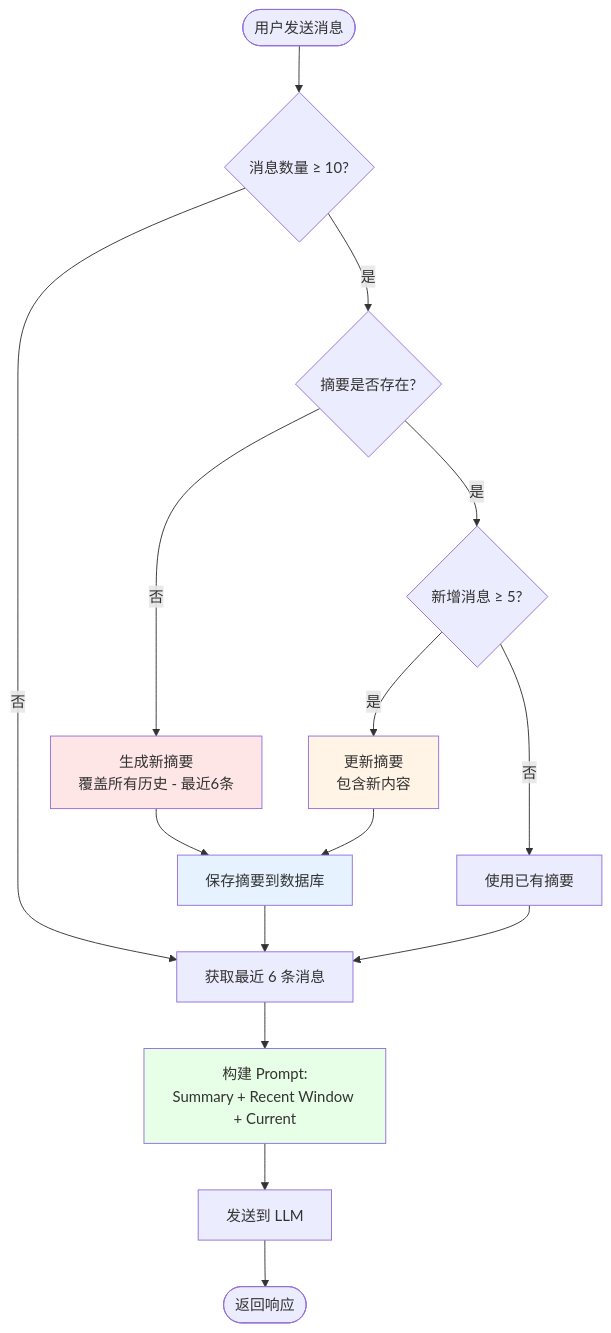
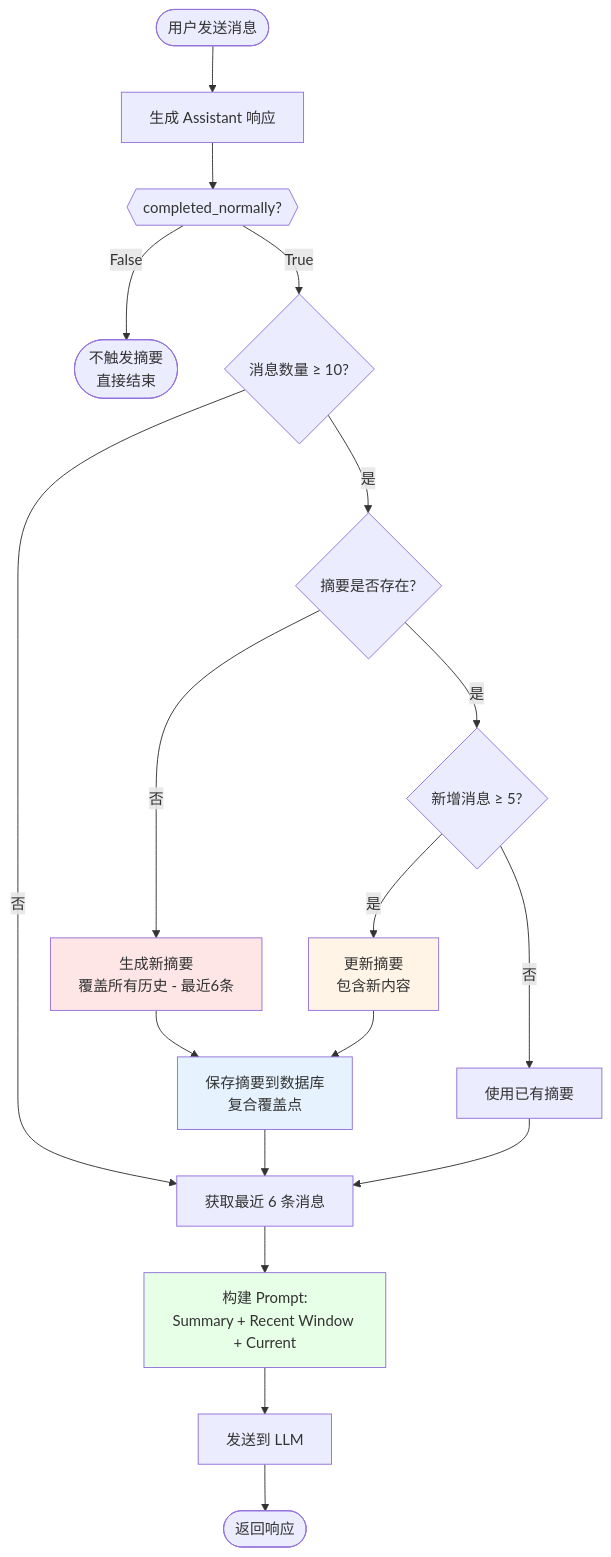
Before and after one commit to stormJun/movie_agent: the third of 9 diagrams in docs/1.1.4/1.1.4.1/chat-history-evolution.md, drawn with Mermaid. The commit also changed other lines of this file and 43 other files, not shown here.

````diff
--- a/docs/1.1.4/1.1.4.1/chat-history-evolution.md
+++ b/docs/1.1.4/1.1.4.1/chat-history-evolution.md
@@ -227,27 +1353,31 @@
 ```mermaid
 flowchart TD
-    Start([用户发送消息]) --> CheckMsg{消息数量 ≥ 10?}
+    Start([用户发送消息]) --> GenResp[生成 Assistant 响应]
+    GenResp --> CheckComplete{{completed_normally?}}
 
+    CheckComplete -->|False| EndNoSum([不触发摘要<br/>直接结束])
+
+    CheckComplete -->|True| CheckMsg{消息数量 ≥ 10?}
     CheckMsg -->|否| GetRecent[获取最近 6 条消息]
     CheckMsg -->|是| CheckSummary{摘要是否存在?}
 
     CheckSummary -->|否| GenerateSummary[生成新摘要<br/>覆盖所有历史 - 最近6条]
     CheckSummary -->|是| CheckDelta{新增消息 ≥ 5?}
 
     CheckDelta -->|是| UpdateSummary[更新摘要<br/>包含新内容]
     CheckDelta -->|否| UseCached[使用已有摘要]
 
-    GenerateSummary --> SaveSummary[保存摘要到数据库]
+    GenerateSummary --> SaveSummary[保存摘要到数据库<br/>复合覆盖点]
     UpdateSummary --> SaveSummary
     SaveSummary --> GetRecent
     UseCached --> GetRecent
 
     GetRecent --> BuildPrompt[构建 Prompt:<br/>Summary + Recent Window + Current]
     BuildPrompt --> LLM[发送到 LLM]
     LLM --> Response([返回响应])
 
     style GenerateSummary fill:#ffe6e6
     style UpdateSummary fill:#fff4e6
     style SaveSummary fill:#e6f3ff
     style BuildPrompt fill:#e6ffe6
 ```
````
